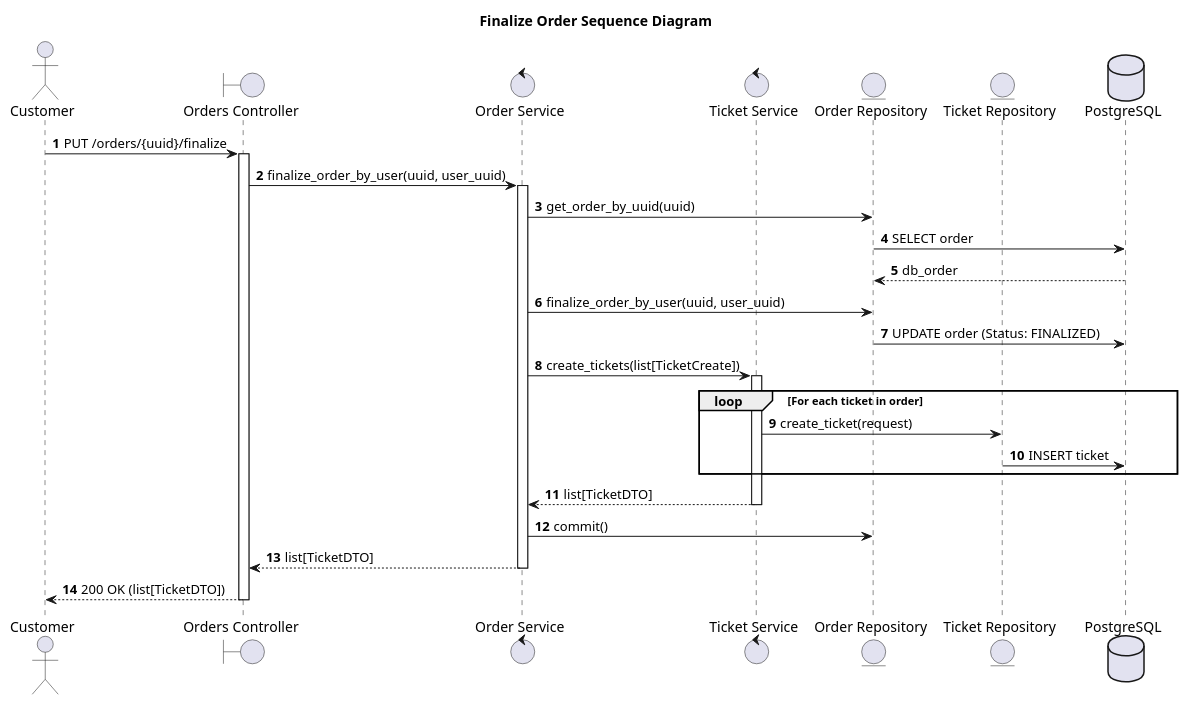
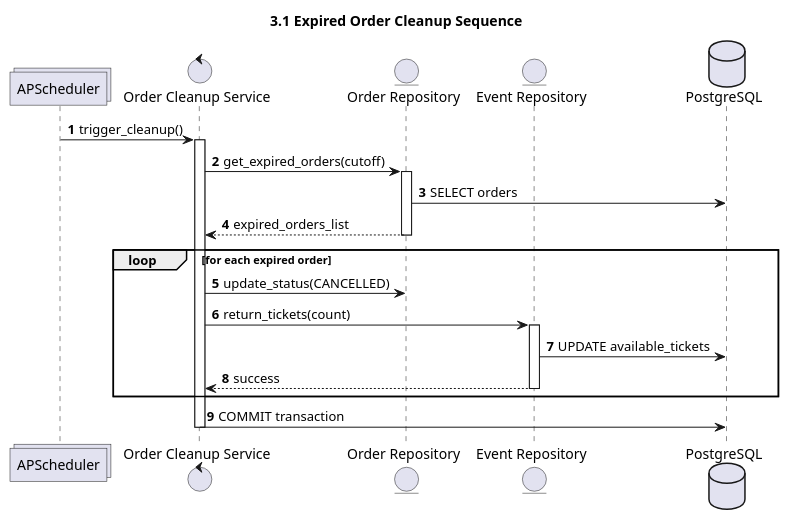
One commit to NikosKoutsoukosPrelorentzos/you-want-ticket changed the fifth of 6 diagrams in diagrams/SEQUENCE_DIAGRAMS.md. Above: the diagram before and after it, drawn with PlantUML. The commit also changed other lines of this file and 24 other files, not shown here.

First line of the commit message:
Restructure and expand system documentation with versioned diagrams

````diff
--- a/diagrams/SEQUENCE_DIAGRAMS.md
+++ b/diagrams/SEQUENCE_DIAGRAMS.md
@@ -109,44 +199,33 @@
 ```plantuml
 @startuml
-title Finalize Order Sequence Diagram
+title 3.1 Expired Order Cleanup Sequence
 autonumber
 
-actor Customer
-boundary "Orders Controller" as OC
-control "Order Service" as OS
-control "Ticket Service" as TS
+collections "APScheduler" as SCH
+control "Order Cleanup Service" as OCS
 entity "Order Repository" as OR
-entity "Ticket Repository" as TR
+entity "Event Repository" as ER
 database "PostgreSQL" as DB
 
-Customer -> OC : PUT /orders/{uuid}/finalize
-activate OC
+SCH -> OCS : trigger_cleanup()
+activate OCS
 
-OC -> OS : finalize_order_by_user(uuid, user_uuid)
-activate OS
+OCS -> OR : get_expired_orders(cutoff)
+activate OR
+OR -> DB : SELECT orders
+OR --> OCS : expired_orders_list
+deactivate OR
 
-OS -> OR : get_order_by_uuid(uuid)
-OR -> DB : SELECT order
-DB --> OR : db_order
+loop for each expired order
+    OCS -> OR : update_status(CANCELLED)
+    OCS -> ER : return_tickets(count)
+    activate ER
+    ER -> DB : UPDATE available_tickets
+    ER --> OCS : success
+    deactivate ER
+end
 
-OS -> OR : finalize_order_by_user(uuid, user_uuid)
-OR -> DB : UPDATE order (Status: FINALIZED)
-
-OS -> TS : create_tickets(list[TicketCreate])
-activate TS
-loop For each ticket in order
-    TS -> TR : create_ticket(request)
-    TR -> DB : INSERT ticket
-end
-TS --> OS : list[TicketDTO]
-deactivate TS
-
-OS -> OR : commit()
-
-OS --> OC : list[TicketDTO]
-deactivate OS
-
-OC --> Customer : 200 OK (list[TicketDTO])
-deactivate OC
+OCS -> DB : COMMIT transaction
+deactivate OCS
 @enduml
 ```
````
